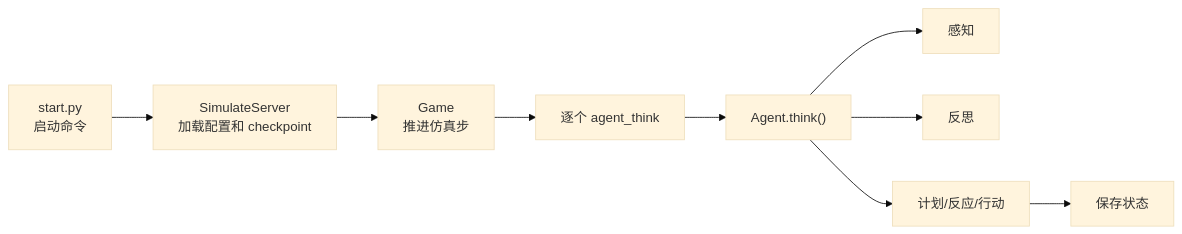
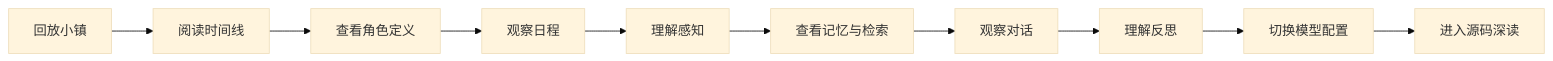
The first of 2 diagrams in docs/book/manuscript/part_02/chapter_13.md (tbkken/GenerativeAgentsCN), drawn with Mermaid (base theme) before and after one commit. The commit also changed other lines of this file and 35 other files, not shown here.

````diff
--- a/docs/book/manuscript/part_02/chapter_13.md
+++ b/docs/book/manuscript/part_02/chapter_13.md
@@ -106,11 +7,12 @@
 ```mermaid
 flowchart LR
-    CLI["start.py<br/>启动命令"] --> Server["SimulateServer<br/>加载配置和 checkpoint"]
-    Server --> Game["Game<br/>推进仿真步"]
-    Game --> Agents["逐个 agent_think"]
-    Agents --> Think["Agent.think()"]
-    Think --> Percept["感知"]
-    Think --> Reflect["反思"]
-    Think --> Plan["计划/反应/行动"]
-    Plan --> Checkpoint["保存状态"]
+    Replay["回放小镇"] --> Timeline["阅读时间线"]
+    Timeline --> Persona["查看角色定义"]
+    Persona --> Schedule["观察日程"]
+    Schedule --> Perception["理解感知"]
+    Perception --> Memory["查看记忆与检索"]
+    Memory --> Dialogue["观察对话"]
+    Dialogue --> Reflection["理解反思"]
+    Reflection --> Model["切换模型配置"]
+    Model --> Code["进入源码深读"]
 ```
````
